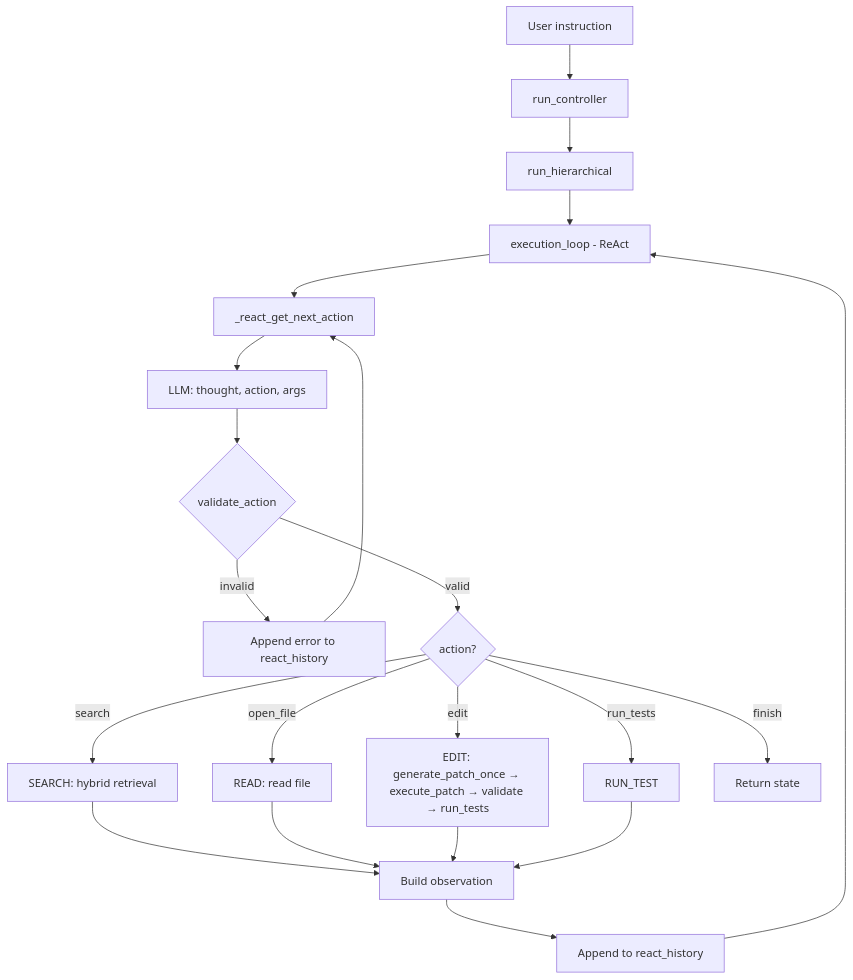
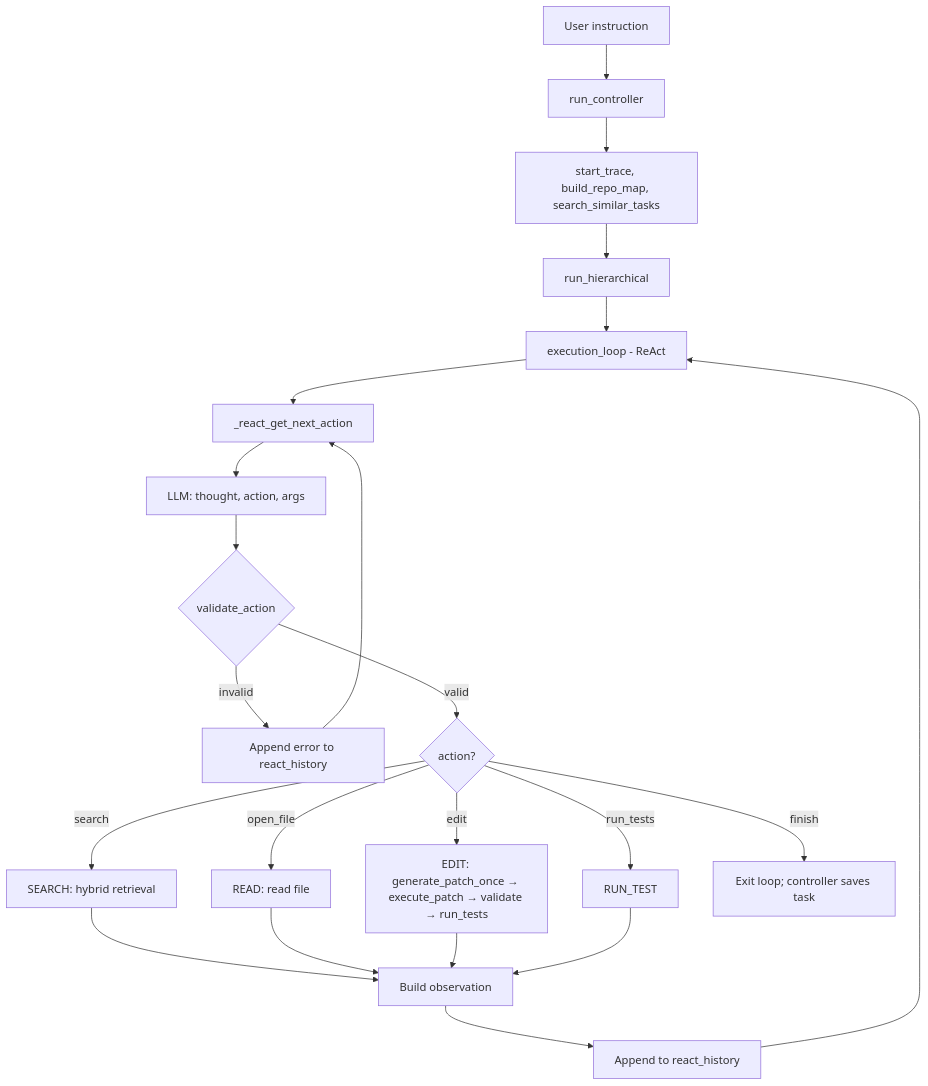
One commit to Pugsy-Explores/AutoStudio changed the diagram in Docs/REACT_ARCHITECTURE.md. Above: the diagram before and after it, drawn with Mermaid. The commit also changed other lines of this file and 5 other files, not shown here.

First line of the commit message:
docs: diagram RCA, fix run_controller API example, align architecture docs with ReAct

````diff
--- a/Docs/REACT_ARCHITECTURE.md
+++ b/Docs/REACT_ARCHITECTURE.md
@@ -27,23 +32,24 @@
 ```mermaid
 flowchart TB
     User[User instruction] --> RC[run_controller]
-    RC --> RH[run_hierarchical]
+    RC --> Setup[start_trace, build_repo_map, search_similar_tasks]
+    Setup --> RH[run_hierarchical]
     RH --> EL[execution_loop - ReAct]
     EL --> RGA[_react_get_next_action]
     RGA --> LLM[LLM: thought, action, args]
     LLM --> VA{validate_action}
     VA -->|invalid| OBS1[Append error to react_history]
     OBS1 --> RGA
     VA -->|valid| DISP{action?}
     DISP -->|search| SEARCH[SEARCH: hybrid retrieval]
     DISP -->|open_file| READ[READ: read file]
     DISP -->|edit| EDIT[EDIT: generate_patch_once → execute_patch → validate → run_tests]
     DISP -->|run_tests| TEST[RUN_TEST]
-    DISP -->|finish| DONE[Return state]
+    DISP -->|finish| DONE[Exit loop; controller saves task]
     SEARCH --> OBS2[Build observation]
     READ --> OBS2
     EDIT --> OBS2
     TEST --> OBS2
     OBS2 --> APP[Append to react_history]
     APP --> EL
 ```
````
